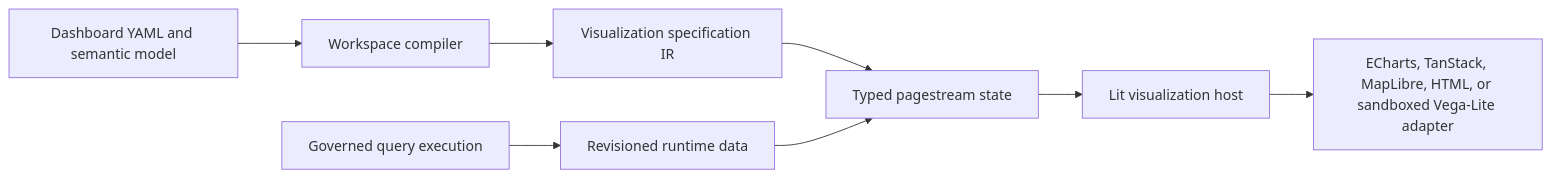
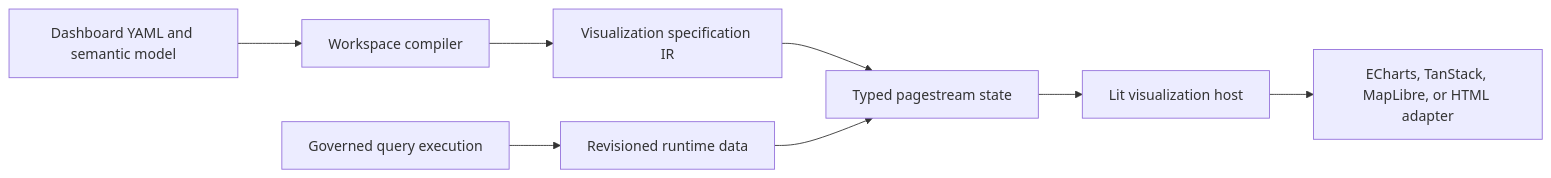
One commit to Yacobolo/leapview changed the first of 2 diagrams in docs/articles/architecture/visual-plugins.md. Above: the diagram before and after it, drawn with Mermaid. The commit also changed other lines of this file and 52 other files, not shown here.

Commit message:
feat: retire custom Vega-Lite visual

````diff
--- a/docs/articles/architecture/visual-plugins.md
+++ b/docs/articles/architecture/visual-plugins.md
@@ -65,12 +63,12 @@
 ```mermaid
 flowchart LR
   accTitle: LeapView visualization target architecture
   accDescr: Dashboard configuration and semantic metadata compile into an immutable visualization specification. Governed query results become revisioned inline or windowed data. Typed pagestream signals deliver both to a Lit host that selects a renderer adapter.
   source["Dashboard YAML and semantic model"] --> compiler["Workspace compiler"]
   compiler --> spec["Visualization specification IR"]
   query["Governed query execution"] --> frames["Revisioned runtime data"]
   spec --> stream["Typed pagestream state"]
   frames --> stream
   stream --> host["Lit visualization host"]
-  host --> adapters["ECharts, TanStack, MapLibre, HTML, or sandboxed Vega-Lite adapter"]
+  host --> adapters["ECharts, TanStack, MapLibre, or HTML adapter"]
 ```
````
